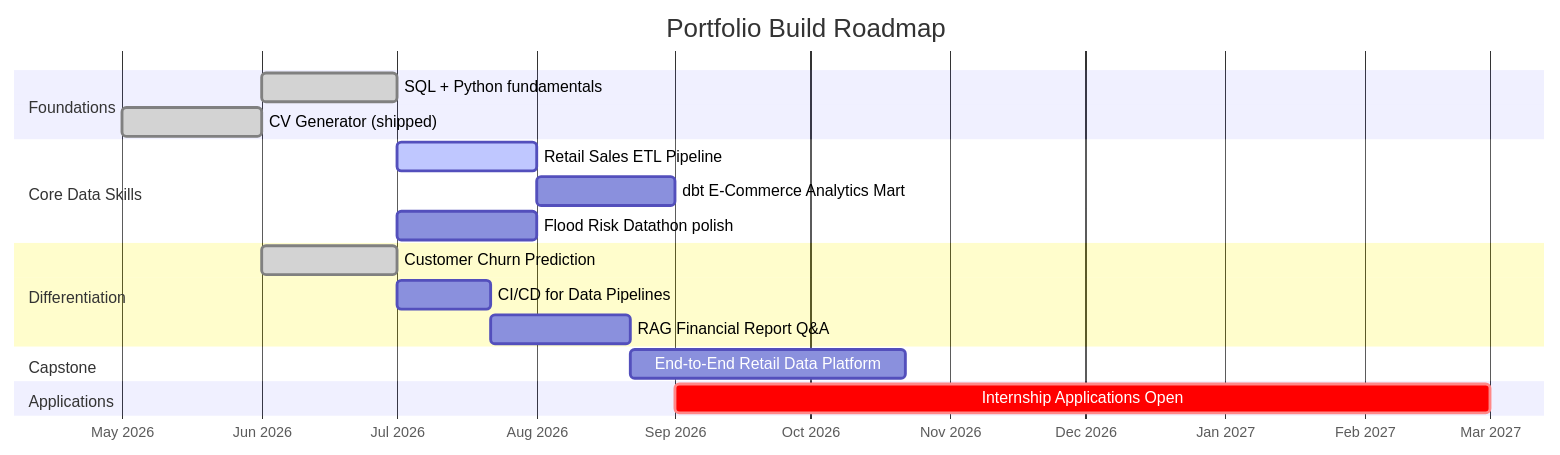
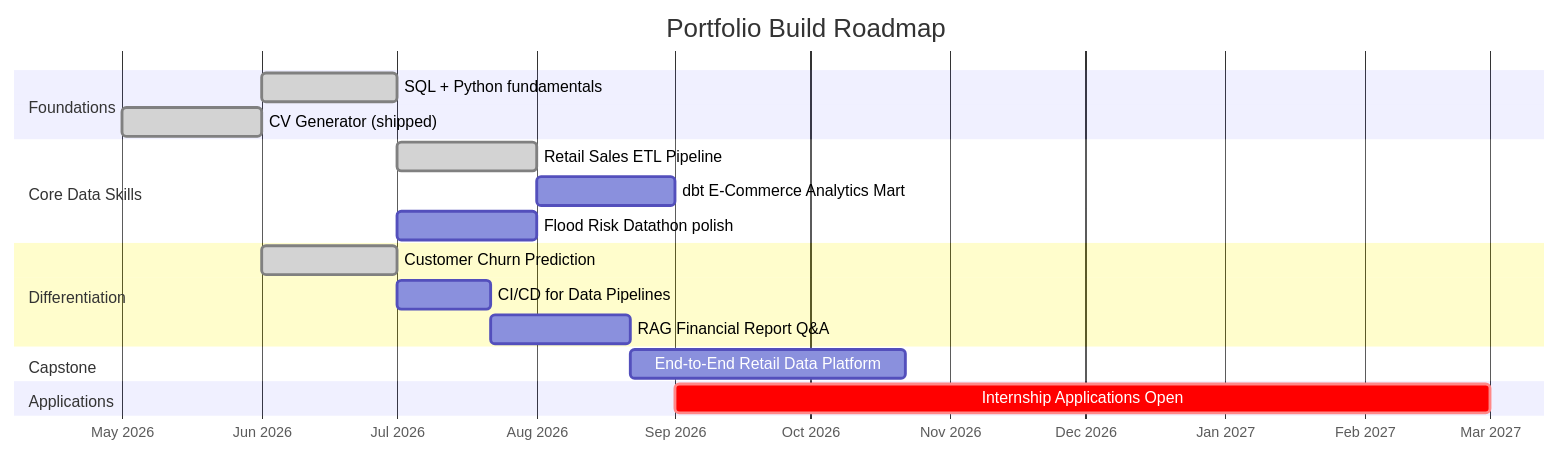
The second of 2 diagrams in README.md (suryalionael/Lionael-Surya), drawn with Mermaid before and after one commit. The commit also changed other lines of this file and 32 other files, not shown here.

First line of the commit message:
feat: add Retail Sales ETL Pipeline to data-engineering

````diff
--- a/README.md
+++ b/README.md
@@ -221,26 +221,26 @@
 ```mermaid
 gantt
     dateFormat  YYYY-MM
     axisFormat  %b %Y
     title Portfolio Build Roadmap
 
     section Foundations
     SQL + Python fundamentals        :done, f1, 2026-06, 1M
     CV Generator (shipped)           :done, f2, 2026-05, 1M
 
     section Core Data Skills
-    Retail Sales ETL Pipeline        :active, d1, 2026-07, 1M
+    Retail Sales ETL Pipeline        :done, d1, 2026-07, 1M
     dbt E-Commerce Analytics Mart    :d2, after d1, 1M
     Flood Risk Datathon polish       :d3, 2026-07, 1M
 
     section Differentiation
     Customer Churn Prediction        :done, m1, 2026-06, 1M
     CI/CD for Data Pipelines         :c1, after m1, 3w
     RAG Financial Report Q&A         :a1, after c1, 1M
 
     section Capstone
     End-to-End Retail Data Platform  :cap1, after a1, 2M
 
     section Applications
     Internship Applications Open     :crit, app1, 2026-09, 6M
 ```
````
